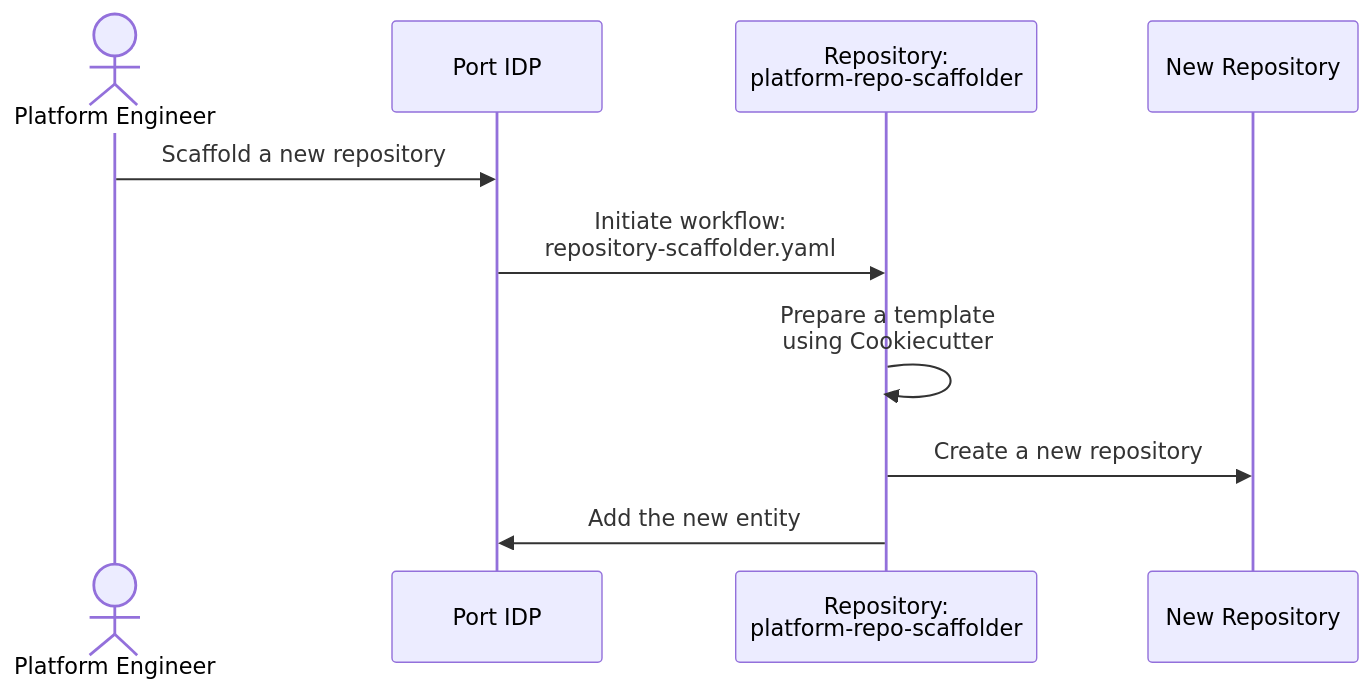
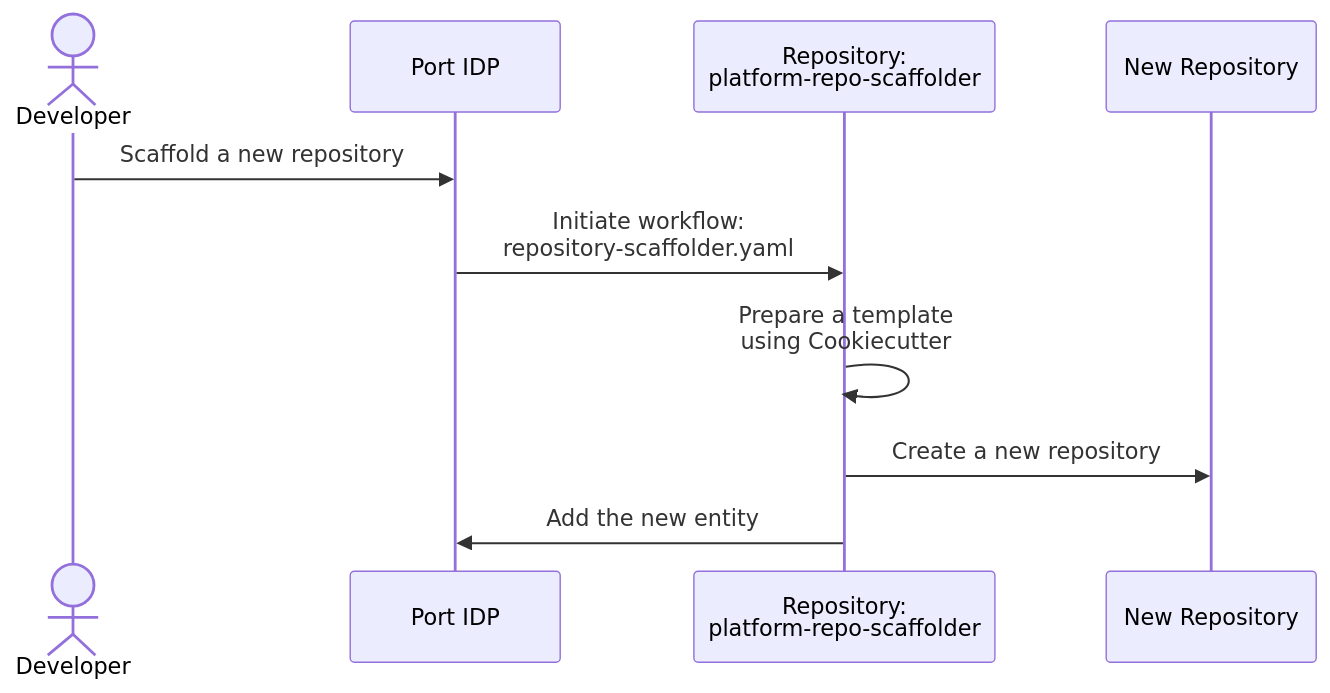
Before and after one commit to PashmakGuru/platform-repo-scaffolder: the first of 2 diagrams in README.md, drawn with Mermaid. The commit also changed other lines of this file, not shown here.

Commit message:
Change actor

````diff
--- a/README.md
+++ b/README.md
@@ -10,13 +10,13 @@
 ```mermaid
 sequenceDiagram
-    actor PLE as Platform Engineer
+    actor DEV as Developer
     participant PRT as Port IDP
     participant RRS as Repository:<br>platform-repo-scaffolder
     participant RNW as New Repository
 
-    PLE ->> PRT: Scaffold a new repository
+    DEV ->> PRT: Scaffold a new repository
     PRT ->> RRS: Initiate workflow:<br>repository-scaffolder.yaml
     RRS ->> RRS: Prepare a template<br>using Cookiecutter
     RRS ->> RNW: Create a new repository
     RRS ->> PRT: Add the new entity
 ```
````
